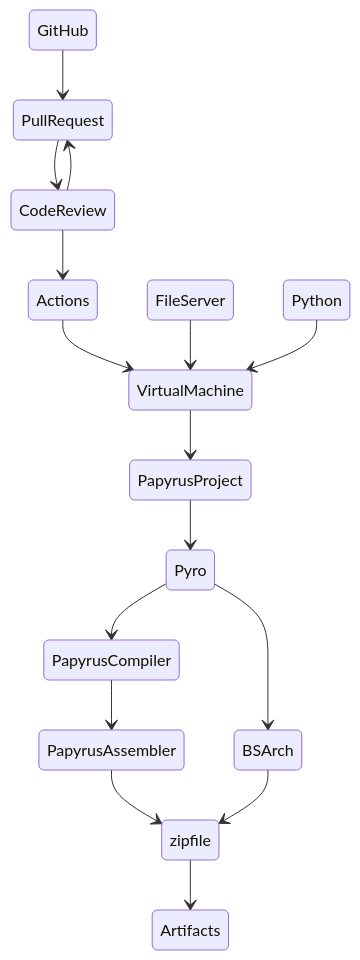
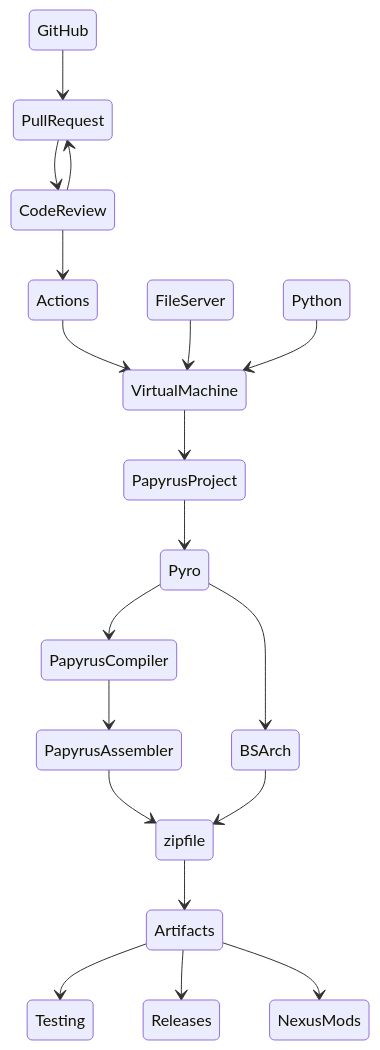
One commit to fireundubh/playwithfire changed the second of 2 diagrams in pyro/workflows.md. Above: the diagram before and after it, drawn with Mermaid. The commit also changed other lines of this file, not shown here.

Commit message:
docs: update pyro/workflows

````diff
--- a/pyro/workflows.md
+++ b/pyro/workflows.md
@@ -48,18 +48,21 @@
 ```mermaid
 stateDiagram
 	GitHub --> PullRequest
 	PullRequest --> CodeReview
 	CodeReview --> PullRequest
 	CodeReview --> Actions
   Actions --> VirtualMachine
   FileServer --> VirtualMachine
   Python --> VirtualMachine
   VirtualMachine --> PapyrusProject
   PapyrusProject --> Pyro
 	Pyro --> PapyrusCompiler
   PapyrusCompiler --> PapyrusAssembler
   Pyro --> BSArch
   PapyrusAssembler --> zipfile
   BSArch --> zipfile
   zipfile --> Artifacts
+  Artifacts --> Testing
+  Artifacts --> Releases
+  Artifacts --> NexusMods
 ```
````
